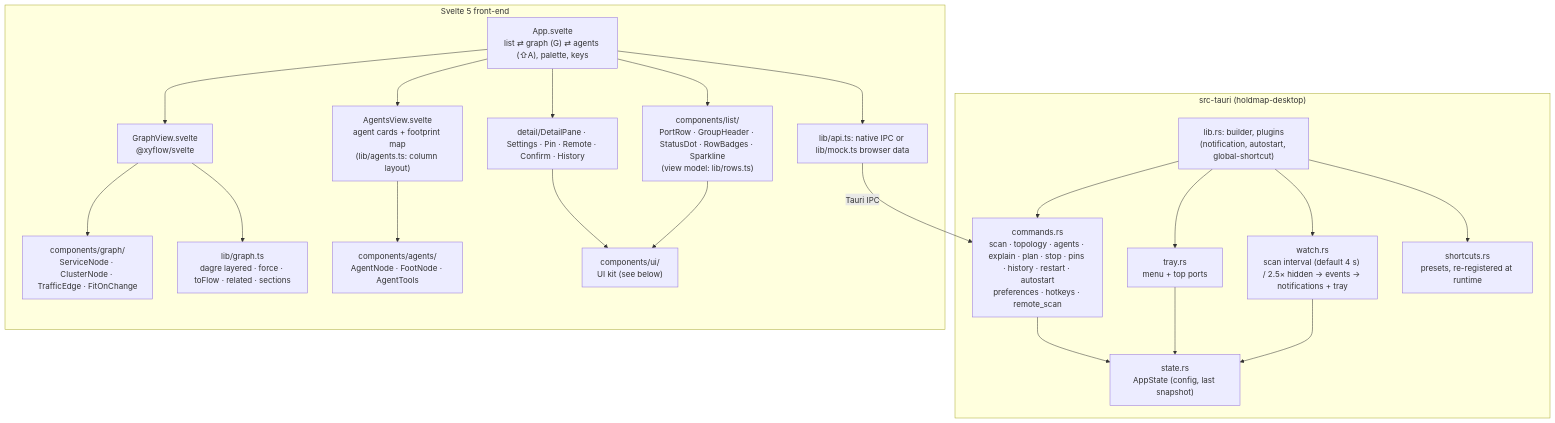
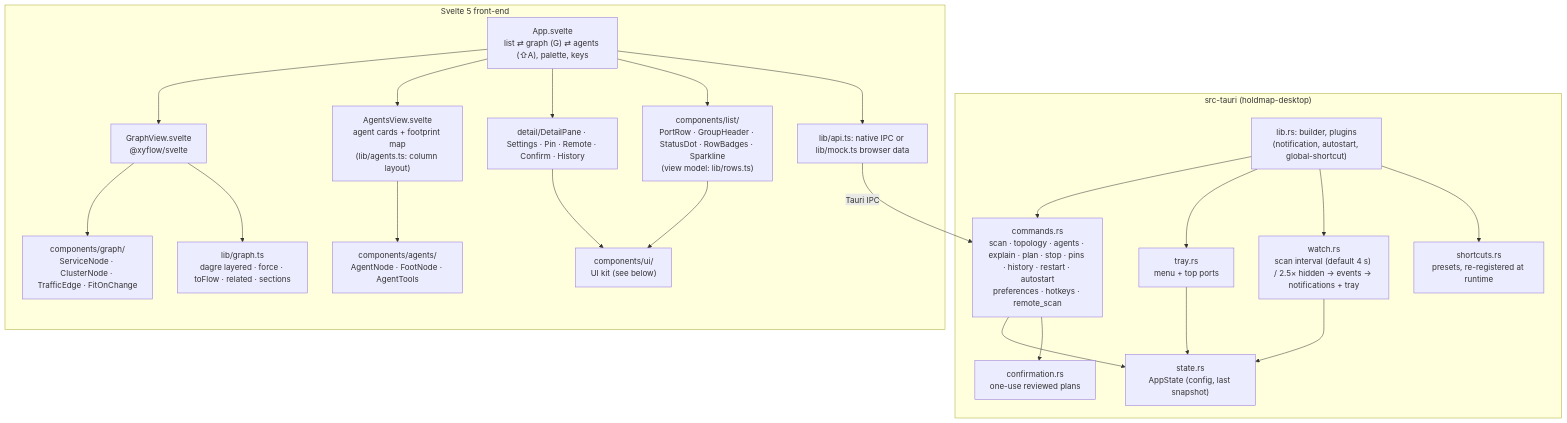
One commit to santoshshinde2012/holdmap changed the sixth of 6 diagrams in docs/architecture.md. Above: the diagram before and after it, drawn with Mermaid. The commit also changed other lines of this file and 198 other files, not shown here.

````diff
--- a/docs/architecture.md
+++ b/docs/architecture.md
@@ -230,32 +253,34 @@
 ```mermaid
 flowchart TB
   subgraph Rust["src-tauri (holdmap-desktop)"]
     LIB["lib.rs: builder, plugins<br/>(notification, autostart, global-shortcut)"]
     CMD["commands.rs<br/>scan · topology · agents · explain · plan · stop · pins · history · restart · autostart<br/>preferences · hotkeys · remote_scan"]
     ST["state.rs<br/>AppState (config, last snapshot)"]
+    CF["confirmation.rs<br/>one-use reviewed plans"]
     TR["tray.rs<br/>menu + top ports"]
     W["watch.rs<br/>scan interval (default 4 s) / 2.5× hidden → events → notifications + tray"]
     SC["shortcuts.rs<br/>presets, re-registered at runtime"]
     LIB --> CMD & TR & W & SC
     CMD & TR & W --> ST
+    CMD --> CF
   end
   subgraph UI["Svelte 5 front-end"]
     APP["App.svelte<br/>list ⇄ graph (G) ⇄ agents (⇧A), palette, keys"]
     GV["GraphView.svelte<br/>@xyflow/svelte"]
     AV["AgentsView.svelte<br/>agent cards + footprint map<br/>(lib/agents.ts: column layout)"]
     NODES["components/graph/<br/>ServiceNode · ClusterNode · TrafficEdge · FitOnChange"]
     AGNODES["components/agents/<br/>AgentNode · FootNode · AgentTools"]
     LG["lib/graph.ts<br/>dagre layered · force · toFlow · related · sections"]
     OTHER["detail/DetailPane · Settings · Pin · Remote · Confirm · History"]
     LIST["components/list/<br/>PortRow · GroupHeader · StatusDot · RowBadges · Sparkline<br/>(view model: lib/rows.ts)"]
     KIT["components/ui/<br/>UI kit (see below)"]
     API["lib/api.ts: native IPC or lib/mock.ts browser data"]
     APP --> GV --> NODES
     APP --> AV --> AGNODES
     GV --> LG
     APP --> OTHER --> KIT
     APP --> LIST --> KIT
     APP --> API
   end
   API -- "Tauri IPC" --> CMD
 ```
````
